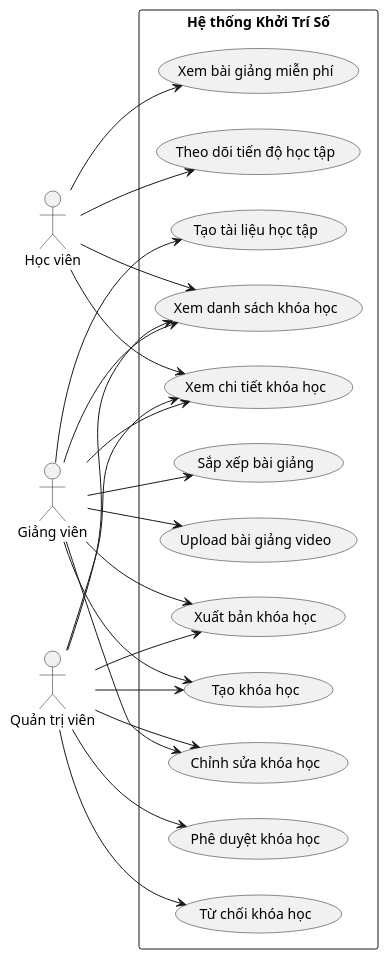
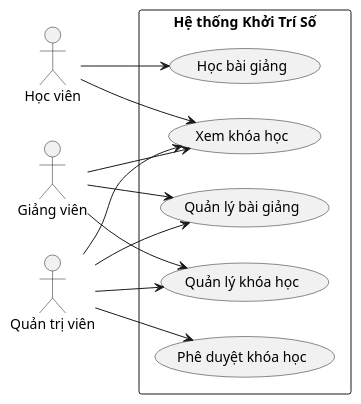
Before and after one commit to ngocnghia81/KhoiTriSo-PHP: the first of 18 diagrams in khoitriso-be/BIEU_DO_UML.md, drawn with PlantUML. The commit also changed other lines of this file and 23 other files, not shown here.

````diff
--- a/khoitriso-be/BIEU_DO_UML.md
+++ b/khoitriso-be/BIEU_DO_UML.md
@@ -7,46 +7,29 @@
 ```plantuml
 @startuml
 left to right direction
 actor "Học viên" as Student
 actor "Giảng viên" as Instructor
 actor "Quản trị viên" as Admin
 
 rectangle "Hệ thống Khởi Trí Số" {
-  usecase "Xem danh sách khóa học" as UC1
-  usecase "Xem chi tiết khóa học" as UC2
-  usecase "Xem bài giảng miễn phí" as UC3
-  usecase "Tạo khóa học" as UC4
-  usecase "Chỉnh sửa khóa học" as UC5
-  usecase "Upload bài giảng video" as UC6
-  usecase "Tạo tài liệu học tập" as UC7
-  usecase "Sắp xếp bài giảng" as UC8
-  usecase "Phê duyệt khóa học" as UC9
-  usecase "Từ chối khóa học" as UC10
-  usecase "Xuất bản khóa học" as UC11
-  usecase "Theo dõi tiến độ học tập" as UC12
+  usecase "Xem khóa học" as UC1
+  usecase "Học bài giảng" as UC2
+  usecase "Quản lý khóa học" as UC3
+  usecase "Quản lý bài giảng" as UC4
+  usecase "Phê duyệt khóa học" as UC5
 }
 
 Student --> UC1
 Student --> UC2
-Student --> UC3
-Student --> UC12
 
 Instructor --> UC1
-Instructor --> UC2
+Instructor --> UC3
 Instructor --> UC4
-Instructor --> UC5
-Instructor --> UC6
-Instructor --> UC7
-Instructor --> UC8
-Instructor --> UC11
 
 Admin --> UC1
-Admin --> UC2
+Admin --> UC3
 Admin --> UC4
 Admin --> UC5
-Admin --> UC9
-Admin --> UC10
-Admin --> UC11
 
 @enduml
 ```
````
